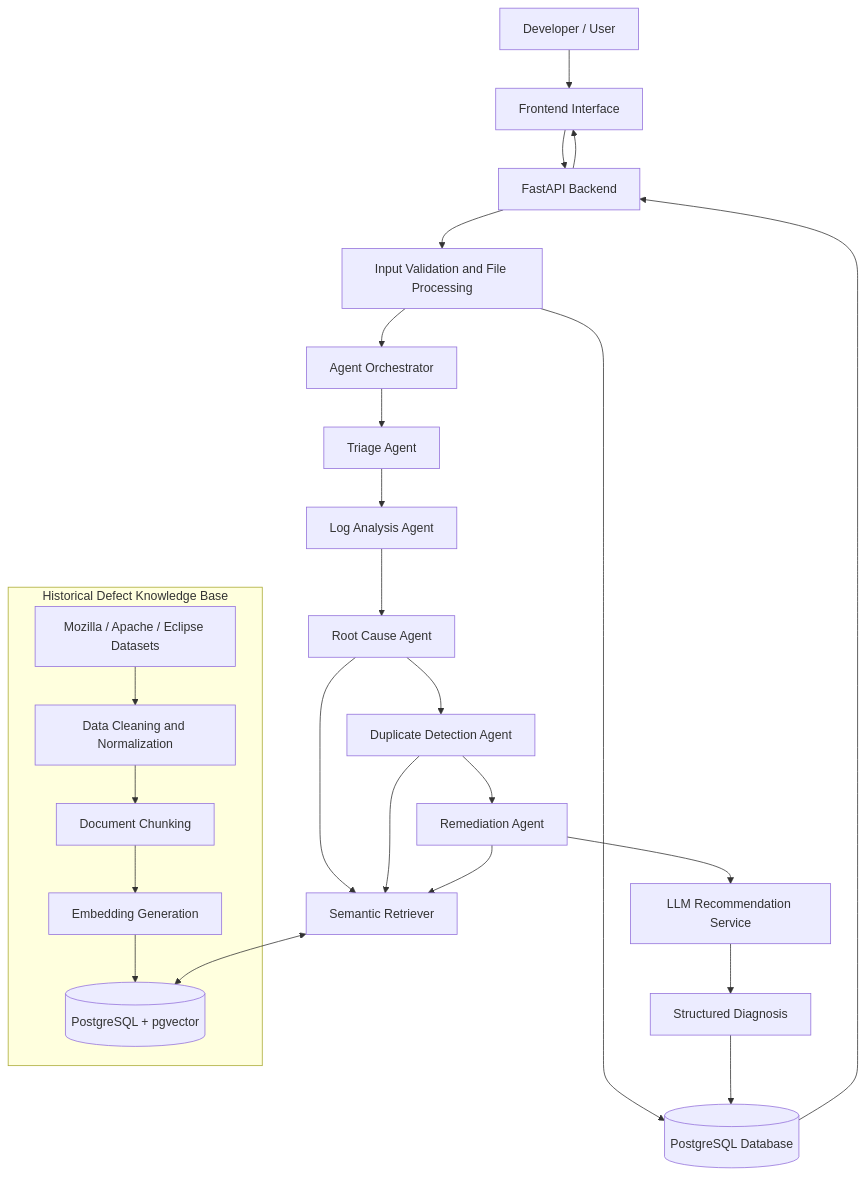
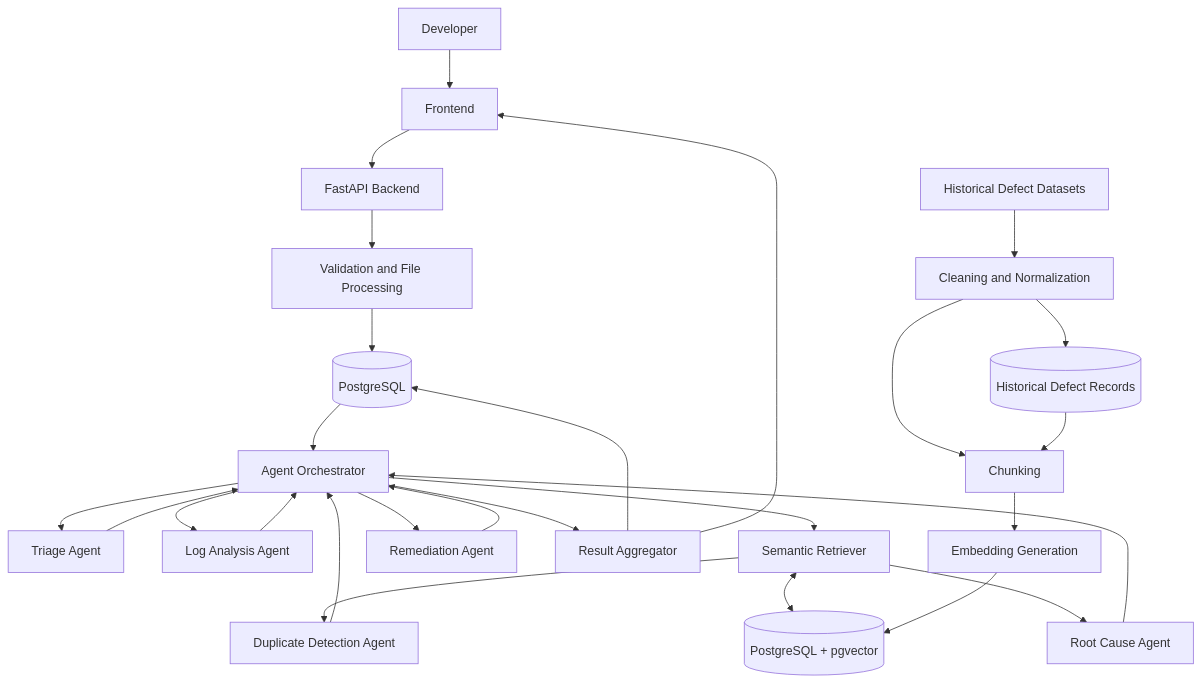
The first of 3 diagrams in README.md (Mokshsaini7/intelligent-bug-diagnosis-platform), drawn with Mermaid before and after one commit. The commit also changed other lines of this file, not shown here.

````diff
--- a/README.md
+++ b/README.md
@@ -85,40 +87,37 @@
 ```mermaid
 flowchart TD
-    U["Developer / User"] --> UI["Frontend Interface"]
-    UI --> API["FastAPI Backend"]
-
-    API --> VAL["Input Validation and File Processing"]
-    VAL --> DB[("PostgreSQL Database")]
-    VAL --> ORCH["Agent Orchestrator"]
+    U["Developer"] --> FE["Frontend"]
+    FE --> API["FastAPI Backend"]
+    API --> VAL["Validation and File Processing"]
+    VAL --> DB[("PostgreSQL")]
+    DB --> ORCH["Agent Orchestrator"]
 
     ORCH --> T["Triage Agent"]
-    T --> L["Log Analysis Agent"]
-    L --> R["Root Cause Agent"]
-    R --> D["Duplicate Detection Agent"]
-    D --> M["Remediation Agent"]
+    ORCH --> L["Log Analysis Agent"]
 
-    subgraph KB["Historical Defect Knowledge Base"]
-        DATA["Mozilla / Apache / Eclipse Datasets"]
-        CLEAN["Data Cleaning and Normalization"]
-        CHUNK["Document Chunking"]
-        EMB["Embedding Generation"]
-        VDB[("PostgreSQL + pgvector")]
+    T --> ORCH
+    L --> ORCH
 
-        DATA --> CLEAN
-        CLEAN --> CHUNK
-        CHUNK --> EMB
-        EMB --> VDB
-    end
+    ORCH --> RET["Semantic Retriever"]
+    RET <--> VDB[("PostgreSQL + pgvector")]
 
-    R --> RET["Semantic Retriever"]
-    D --> RET
-    M --> RET
-    RET <--> VDB
+    RET --> RCA["Root Cause Agent"]
+    RET --> DUP["Duplicate Detection Agent"]
 
-    M --> LLM["LLM Recommendation Service"]
-    LLM --> RESULT["Structured Diagnosis"]
+    RCA --> ORCH
+    DUP --> ORCH
+
+    ORCH --> REM["Remediation Agent"]
+    REM --> ORCH
+
+    ORCH --> RESULT["Result Aggregator"]
     RESULT --> DB
+    RESULT --> FE
 
-    DB --> API
-    API --> UI
+    DS["Historical Defect Datasets"] --> CLEAN["Cleaning and Normalization"]
+    CLEAN --> CHUNK["Chunking"]
+    CHUNK --> EMB["Embedding Generation"]
+    EMB --> VDB
+    CLEAN --> HIST[("Historical Defect Records")]
+    HIST --> CHUNK
 ```
````
